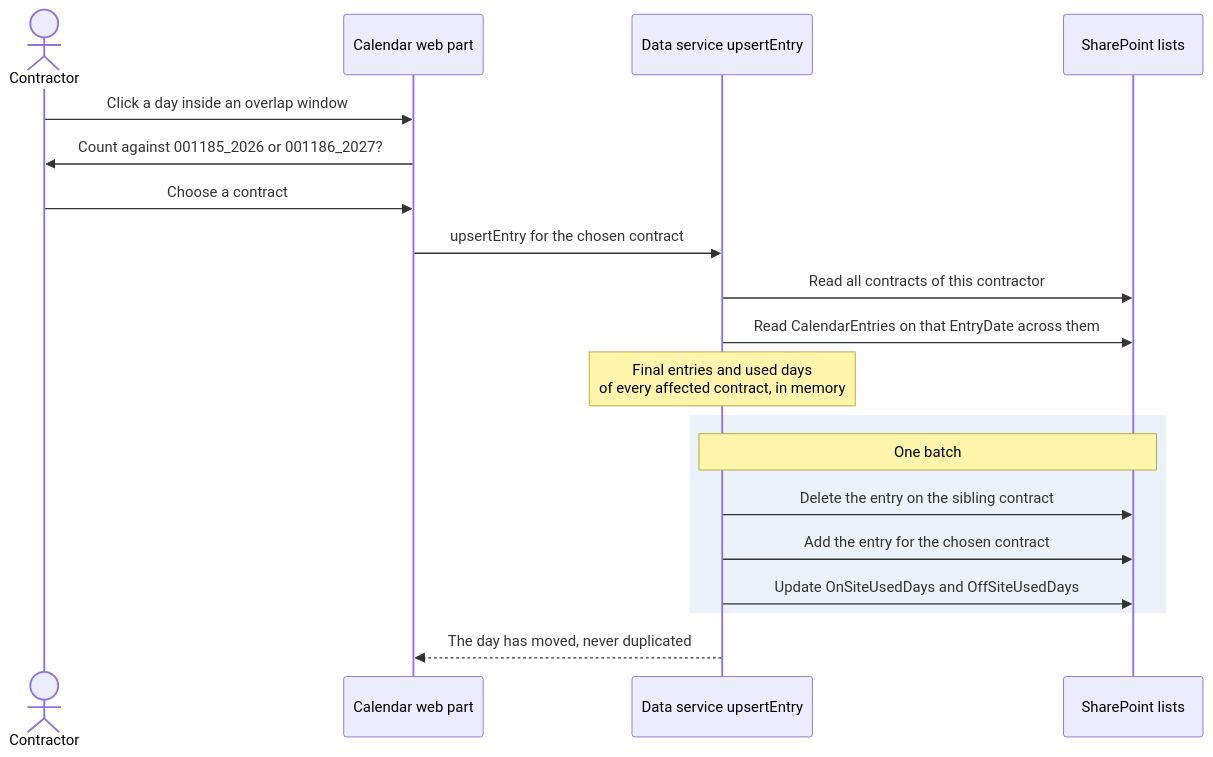
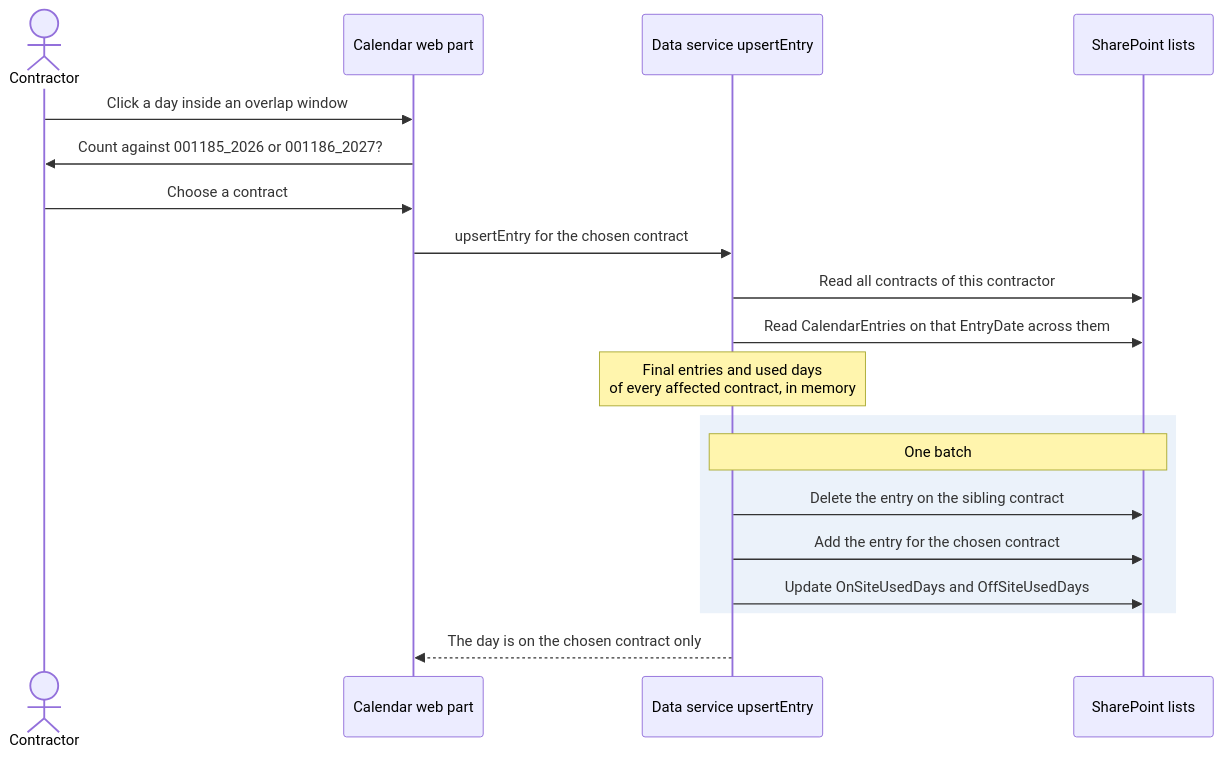
One commit to Sartor87/orpheus-systems-sharepoint changed the diagram in architecture/adr/0008-one-calendar-entry-per-contractor-per-date.md. Above: the diagram before and after it, drawn with Mermaid. The commit also changed other lines of this file and 9 other files, not shown here.

````diff
--- a/architecture/adr/0008-one-calendar-entry-per-contractor-per-date.md
+++ b/architecture/adr/0008-one-calendar-entry-per-contractor-per-date.md
@@ -32,21 +34,21 @@
 ```mermaid
 sequenceDiagram
   actor C as Contractor
   participant WP as Calendar web part
   participant DS as Data service upsertEntry
   participant L as SharePoint lists
   C->>WP: Click a day inside an overlap window
   WP->>C: Count against 001185_2026 or 001186_2027?
   C->>WP: Choose a contract
   WP->>DS: upsertEntry for the chosen contract
   DS->>L: Read all contracts of this contractor
   DS->>L: Read CalendarEntries on that EntryDate across them
   Note over DS: Final entries and used days<br/>of every affected contract, in memory
   rect rgb(235, 242, 250)
     Note over DS,L: One batch
     DS->>L: Delete the entry on the sibling contract
     DS->>L: Add the entry for the chosen contract
     DS->>L: Update OnSiteUsedDays and OffSiteUsedDays
   end
-  DS-->>WP: The day has moved, never duplicated
+  DS-->>WP: The day is on the chosen contract only
 ```
````
